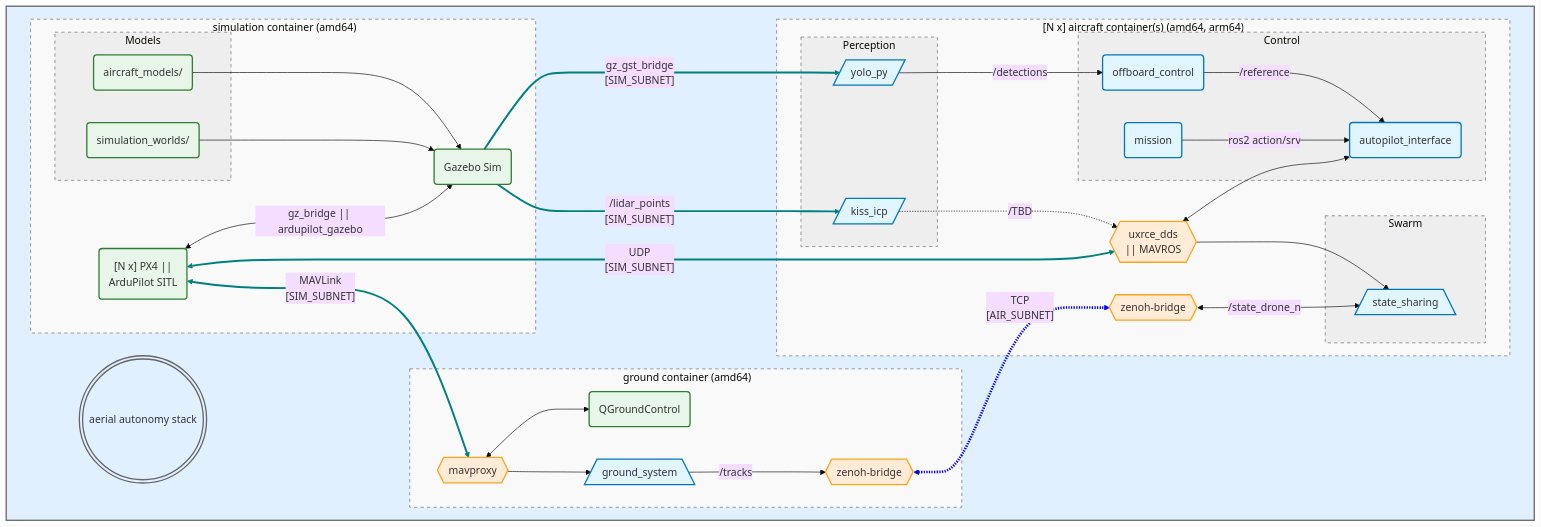
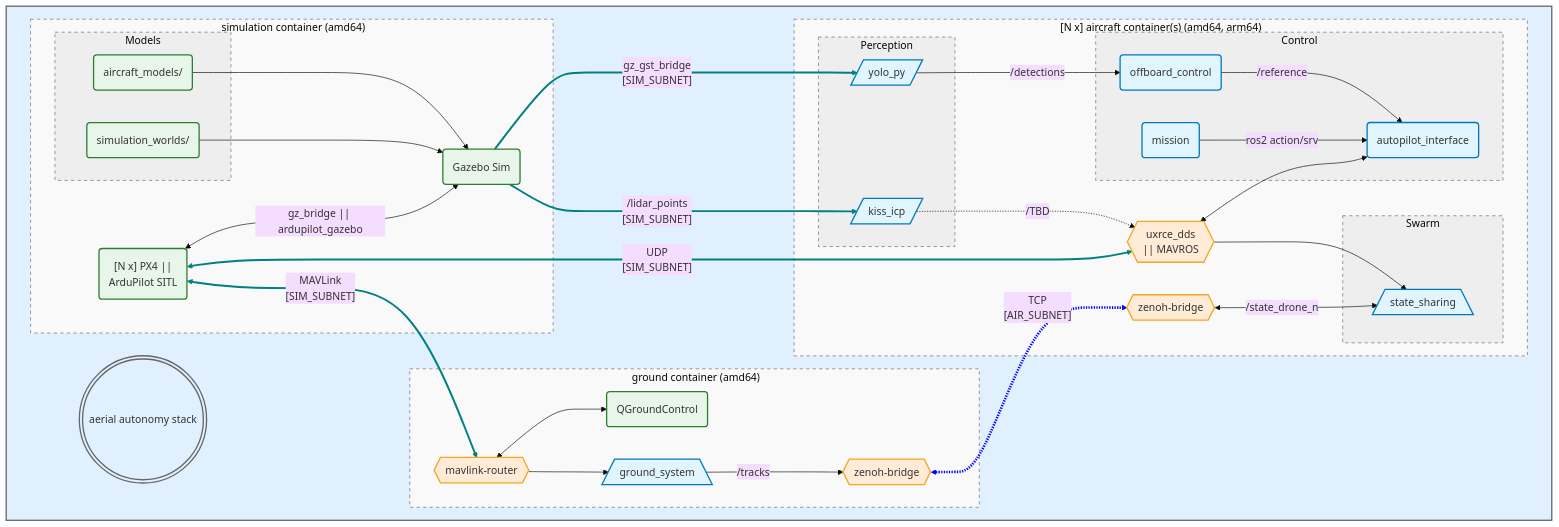
The diagram in README.md (petayyyy/aerial-autonomy-stack), drawn with Mermaid before and after one commit.

Commit message:
mavlink router in mermaid diagram

````diff
--- a/README.md
+++ b/README.md
@@ -43,76 +43,76 @@
 ```mermaid
 %%{init: {'theme': 'base', 'themeVariables': { 'fontFamily': 'monospace'}}}%%
 flowchart TB
     subgraph aas [" "]
         subgraph sim ["#nbsp;simulation#nbsp;container#nbsp;(amd64)"]
             sitl("[N x] PX4 || <br/> ArduPilot SITL"):::resource
             gz(Gazebo Sim):::resource
             subgraph models [Models]
                 drones(aircraft_models/):::resource
                 worlds(simulation_worlds/):::resource
             end
 
             drones --> gz
             worlds --> gz
             sitl <--> |"gz_bridge || ardupilot_gazebo"| gz
         end
 
         subgraph gnd ["#nbsp;ground#nbsp;container#nbsp;(amd64)"]
-            mavproxy{{mavproxy}}:::bridge
+            mlrouter{{mavlink-router}}:::bridge
             ground_system[/ground_system\]:::algo
             qgc(QGroundControl):::resource
             zenoh_gnd{{zenoh-bridge}}:::bridge
 
             ground_system --> |"/tracks"| zenoh_gnd
-            mavproxy <--> qgc
-            mavproxy --> ground_system
+            mlrouter <--> qgc
+            mlrouter --> ground_system
         end
 
         subgraph air ["[N#nbsp;x]#nbsp;aircraft#nbsp;container(s)#nbsp;(amd64,#nbsp;arm64)"]
             subgraph perception [Perception]
                 yolo_py[/yolo_py/]:::algo
                 kiss_icp[/kiss_icp/]:::algo
             end
             subgraph control [Control]
                 offboard_control(offboard_control):::algo
                 autopilot_interface(autopilot_interface):::algo
                 mission(mission):::algo
             end
             ap_link{{"uxrce_dds <br/> || MAVROS"}}:::bridge
             subgraph swarm [Swarm]
                 state_sharing[/state_sharing\]:::algo
             end
             zenoh_air{{zenoh-bridge}}:::bridge
 
             kiss_icp -.-> |"/TBD"| ap_link
             ap_link <--> autopilot_interface
             ap_link --> state_sharing
             yolo_py --> |"/detections"| offboard_control
             offboard_control --> |"/reference"| autopilot_interface
             mission --> |"ros2 action/srv"| autopilot_interface
             zenoh_air <--> |"/state_drone_n"| state_sharing
         end
 
         repo(((aerial#nbsp;autonomy#nbsp;stack)))
     end
 
     repo ~~~ gz
     gz --> |"gz_gst_bridge <br/> [SIM_SUBNET]"| yolo_py
     gz --> |"/lidar_points <br/> [SIM_SUBNET]"| kiss_icp
     sitl <--> |"UDP <br/> [SIM_SUBNET]"| ap_link
-    sitl <--> |"MAVLink <br/> [SIM_SUBNET]"| mavproxy 
+    sitl <--> |"MAVLink <br/> [SIM_SUBNET]"| mlrouter 
     zenoh_gnd <-.-> |"TCP <br/> [AIR_SUBNET]"| zenoh_air
 
     classDef bridge fill:#ffebd6,stroke:#f5a623,stroke-width:2px;
     classDef algo fill:#e1f5fe,stroke:#0277bd,stroke-width:2px;
     classDef resource fill:#e8f5e9,stroke:#2e7d32,stroke-width:2px;
     classDef blueStyle  fill:#e1f0ff,stroke:#666,stroke-width:2px;
     classDef whiteStyle fill:#f9f9f9,stroke:#666,stroke-width:1px,stroke-dasharray: 5 5;
     classDef greyStyle  fill:#eeeeee,stroke:#666,stroke-width:1px,stroke-dasharray: 5 5;
 
     class aas,repo blueStyle;
     class air,gnd,sim whiteStyle;
     class perception,control,models,swarm greyStyle;
     linkStyle 14,15,16,17 stroke:teal,stroke-width:3px;
     linkStyle 18 stroke:blue,stroke-width:4px;
 ```
````
